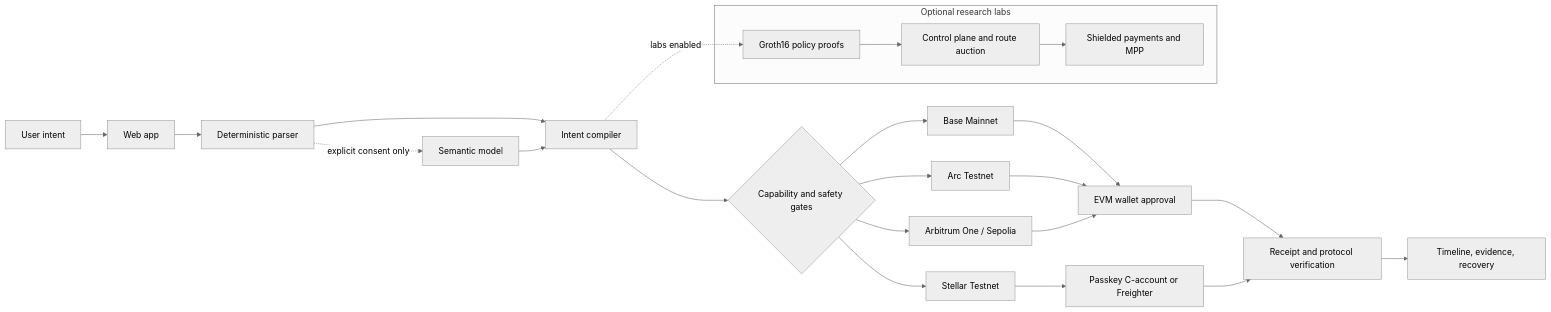
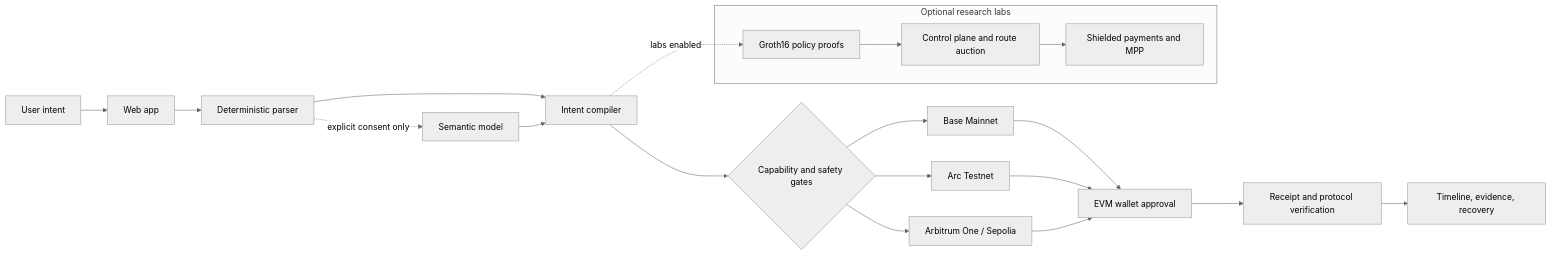
Before and after one commit to furkan3152/Kletia: the first of 2 diagrams in README.md, drawn with Mermaid (neutral theme). The commit also changed other lines of this file and 318 other files, not shown here.

````diff
--- a/README.md
+++ b/README.md
@@ -38,33 +38,30 @@
 ```mermaid
 flowchart LR
     U[User intent] --> W[Web app]
     W --> P[Deterministic parser]
     P -. explicit consent only .-> AI[Semantic model]
     P --> C[Intent compiler]
     AI --> C
     C --> G{Capability and safety gates}
 
     G --> B[Base Mainnet]
     G --> A[Arc Testnet]
     G --> R[Arbitrum One / Sepolia]
-    G --> S[Stellar Testnet]
 
     B --> E[EVM wallet approval]
     A --> E
     R --> E
-    S --> K[Passkey C-account or Freighter]
 
     E --> V[Receipt and protocol verification]
-    K --> V
     V --> T[Timeline, evidence, recovery]
 
     subgraph Optional research labs
       Z[Groth16 policy proofs]
       O[Control plane and route auction]
       H[Shielded payments and MPP]
     end
 
     C -. labs enabled .-> Z
     Z --> O
     O --> H
 ```
````
